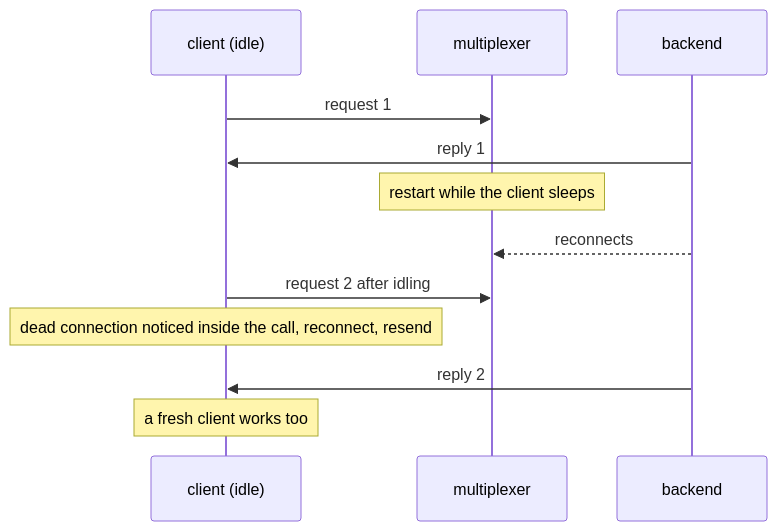
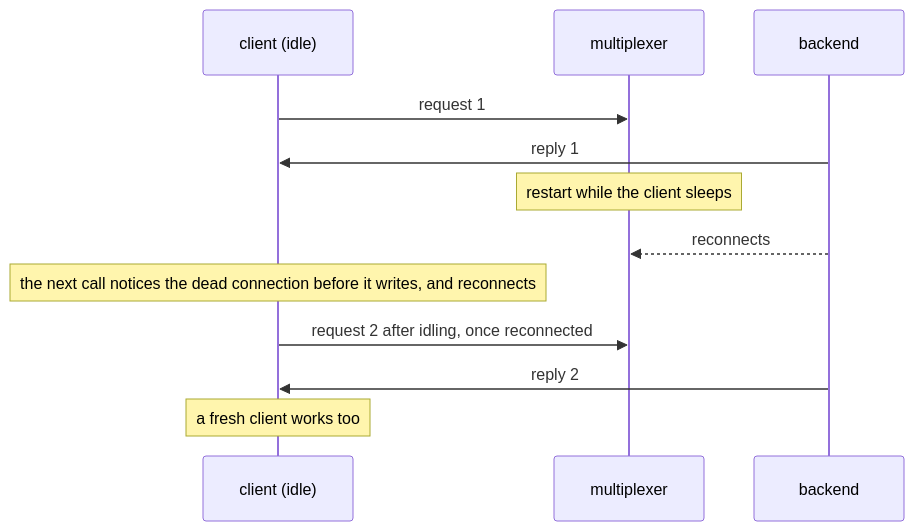
Before and after one commit to kulewski/multiplexer: the diagram in tests/scenarios/mx_restarts_under_idle_client/README.md, drawn with Mermaid. The commit also changed other lines of this file and 77 other files, not shown here.

First line of the commit message:
Clients and servers: a query's request sent at most twice and read by one table, the whole MultiplexerMessage, every server connected to every multiplexer at once, an AsyncClient whose loop has closed

````diff
--- a/tests/scenarios/mx_restarts_under_idle_client/README.md
+++ b/tests/scenarios/mx_restarts_under_idle_client/README.md
@@ -10,14 +11,14 @@
 ```mermaid
 sequenceDiagram
     participant C as client (idle)
     participant M as multiplexer
     participant B as backend
     C->>M: request 1
     B->>C: reply 1
     Note over M: restart while the client sleeps
     B-->>M: reconnects
-    C->>M: request 2 after idling
-    Note over C: dead connection noticed inside the call, reconnect, resend
+    Note over C: the next call notices the dead connection before it writes, and reconnects
+    C->>M: request 2 after idling, once reconnected
     B->>C: reply 2
     Note over C: a fresh client works too
 ```
````
